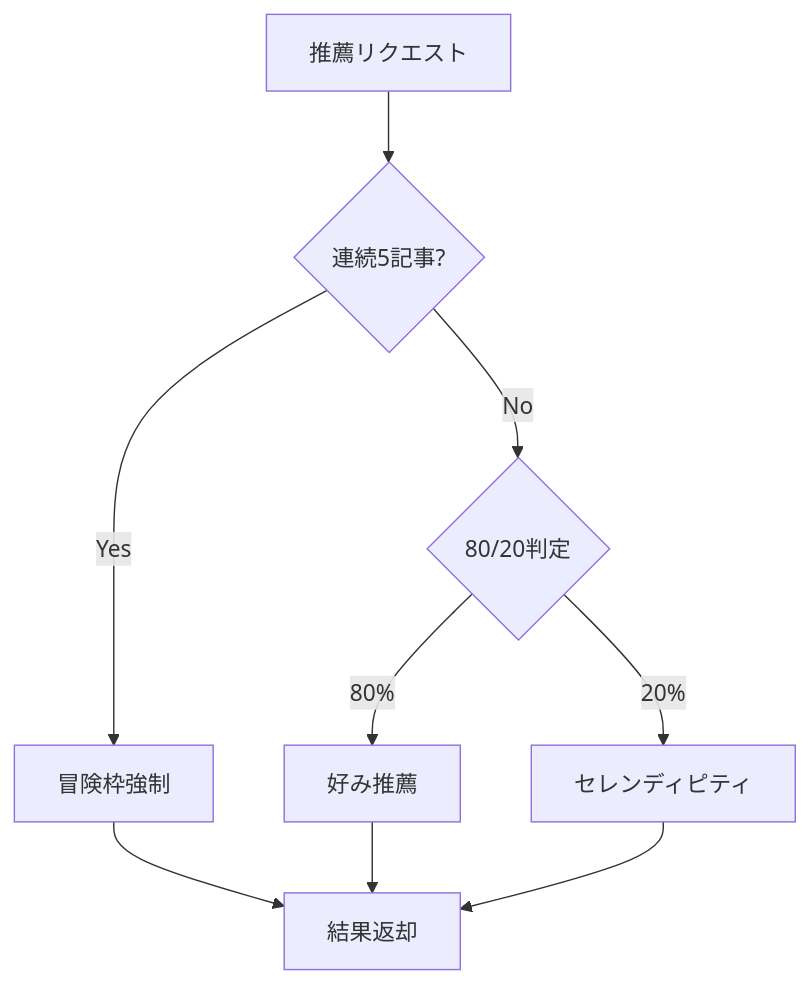
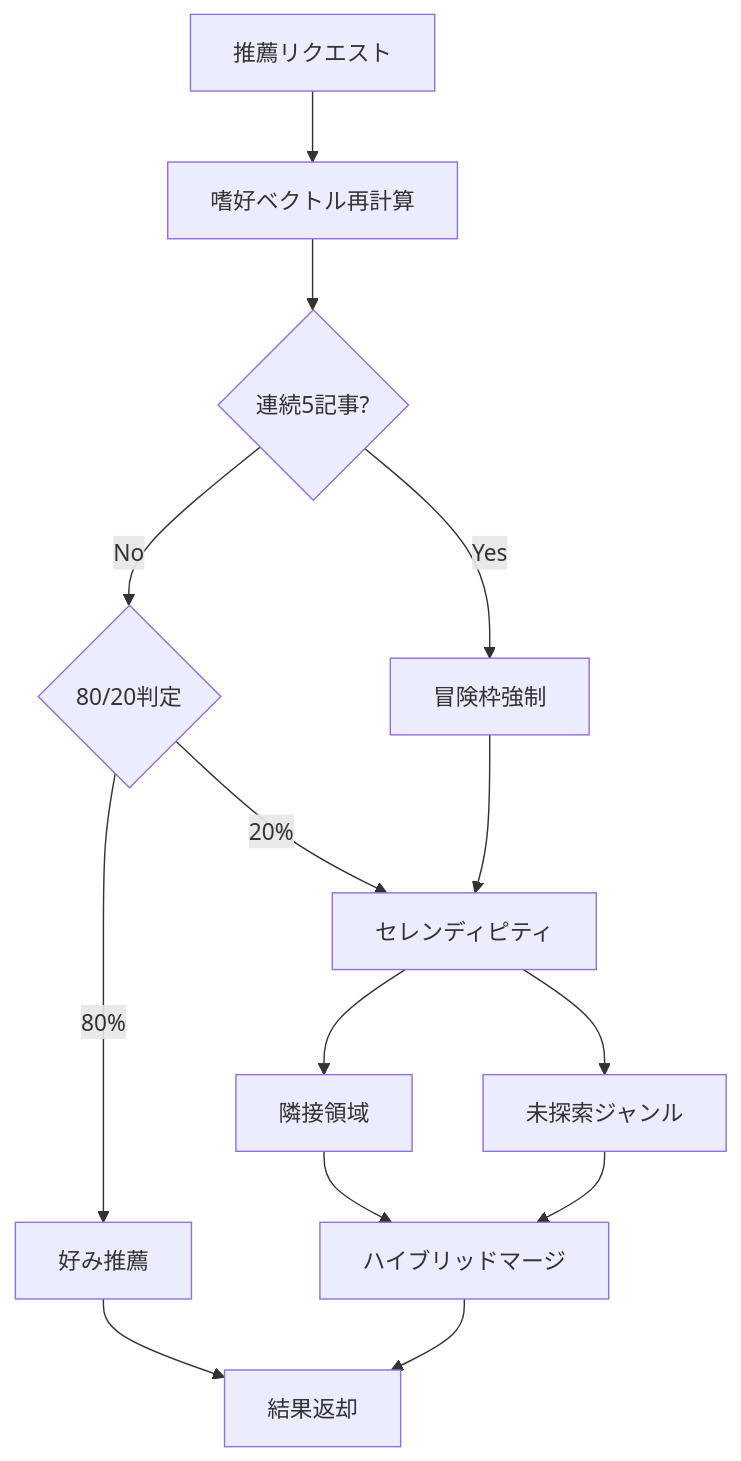
Before and after one commit to Sn005/recommend-scp: the diagram in specs/004-recommend/004-02-recommend-engine/004-02.md, drawn with Mermaid. The commit also changed other lines of this file and 7 other files, not shown here.

````diff
--- a/specs/004-recommend/004-02-recommend-engine/004-02.md
+++ b/specs/004-recommend/004-02-recommend-engine/004-02.md
@@ -81,11 +85,18 @@
 ```mermaid
 flowchart TB
-    A[推薦リクエスト] --> B{連続5記事?}
-    B -->|Yes| C[冒険枠強制]
-    B -->|No| D{80/20判定}
-    D -->|80%| E[好み推薦]
-    D -->|20%| F[セレンディピティ]
-    C --> G[結果返却]
-    E --> G
-    F --> G
+    A[推薦リクエスト] --> B[嗜好ベクトル再計算]
+    B --> C{連続5記事?}
+    C -->|Yes| D[冒険枠強制]
+    C -->|No| E{80/20判定}
+    E -->|80%| F[好み推薦]
+    E -->|20%| G[セレンディピティ]
+
+    G --> H[隣接領域]
+    G --> I[未探索ジャンル]
+    H --> J[ハイブリッドマージ]
+    I --> J
+
+    D --> G
+    F --> K[結果返却]
+    J --> K
 ```
````
